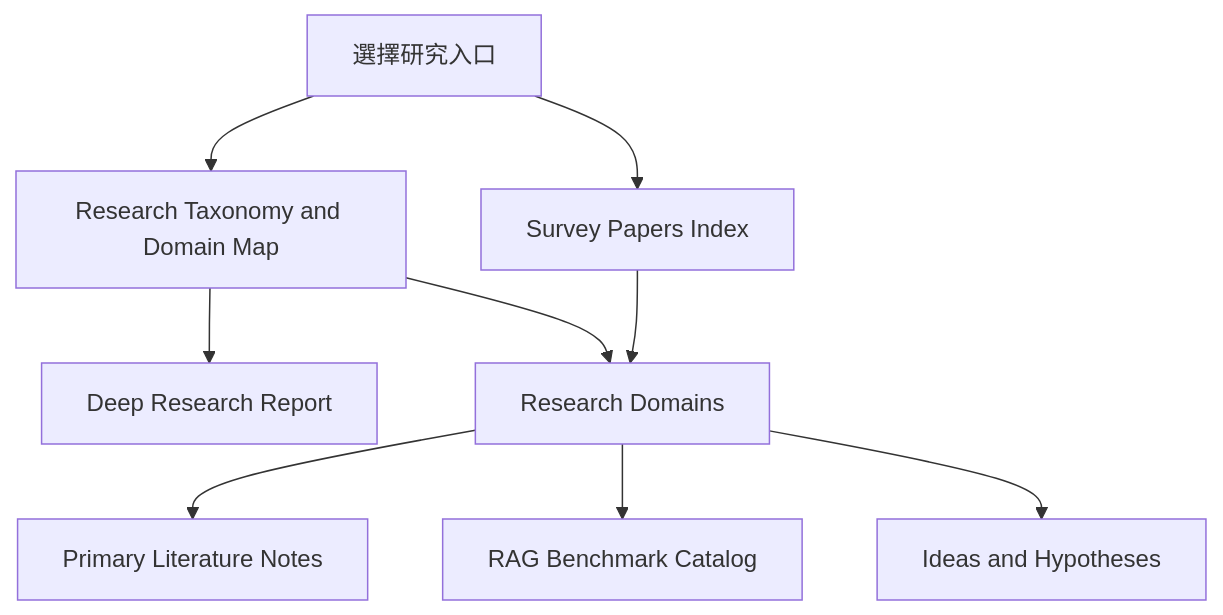
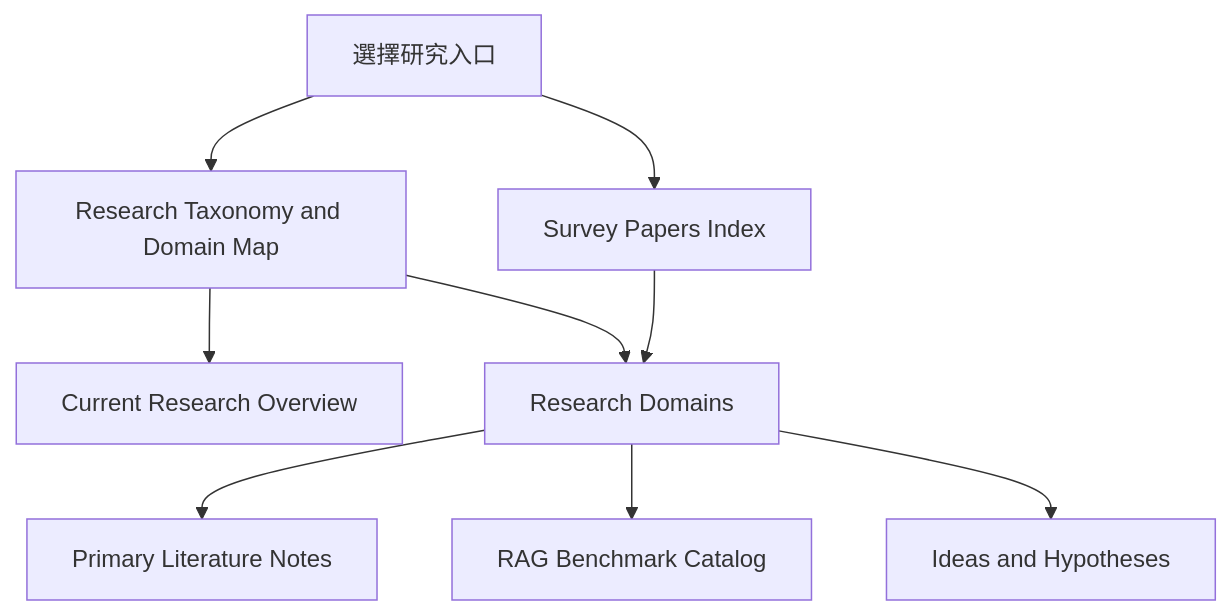
One commit to Cycl0n3-ga/RAG-survey changed the diagram in 00 - 導覽與心智圖 (Navigation & MOC)/Home (主目錄與知識庫導覽).md. Above: the diagram before and after it, drawn with Mermaid. The commit also changed other lines of this file, not shown here.

Commit message:
docs(home): show only current taxonomy overview

````diff
--- a/00 - 導覽與心智圖 (Navigation & MOC)/Home (主目錄與知識庫導覽).md
+++ b/00 - 導覽與心智圖 (Navigation & MOC)/Home (主目錄與知識庫導覽).md
@@ -53,20 +53,20 @@
 ```mermaid
 flowchart TD
     START["選擇研究入口"]
     MAP["Research Taxonomy and Domain Map"]
     SURVEY["Survey Papers Index"]
-    REPORT["Deep Research Report"]
+    REPORT["Current Research Overview"]
     DOMAINS["Research Domains"]
     PAPERS["Primary Literature Notes"]
     BENCH["RAG Benchmark Catalog"]
     IDEAS["Ideas and Hypotheses"]
 
     START --> MAP
     START --> SURVEY
     MAP --> REPORT
     MAP --> DOMAINS
     SURVEY --> DOMAINS
     DOMAINS --> PAPERS
     DOMAINS --> BENCH
     DOMAINS --> IDEAS
 ```
````
